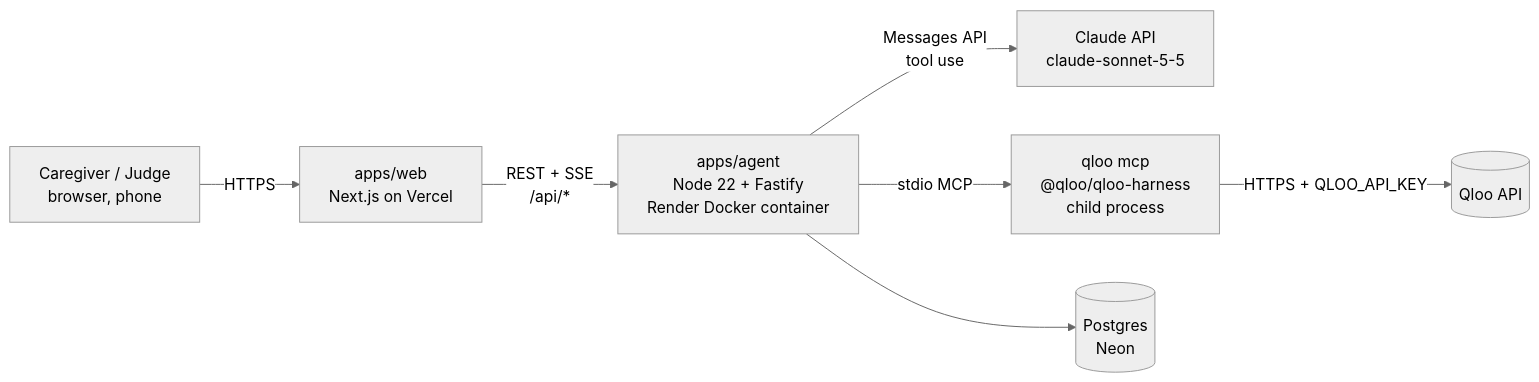
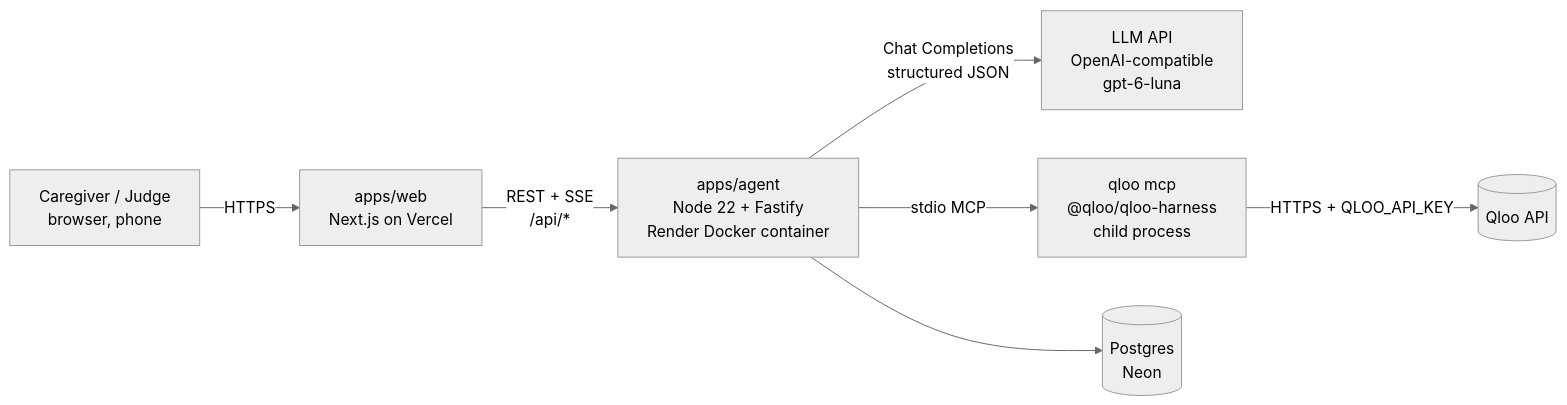
The diagram in docs/04-architecture.md (designerajitrawat-ux/memory-lane), drawn with Mermaid (neutral theme) before and after one commit. The commit also changed other lines of this file and 35 other files, not shown here.

````diff
--- a/docs/04-architecture.md
+++ b/docs/04-architecture.md
@@ -4,9 +4,9 @@
 ```mermaid
 flowchart LR
   U[Caregiver / Judge<br/>browser, phone] -->|HTTPS| W[apps/web<br/>Next.js on Vercel]
   W -->|REST + SSE<br/>/api/*| A[apps/agent<br/>Node 22 + Fastify<br/>Render Docker container]
-  A -->|Messages API<br/>tool use| C[Claude API<br/>claude-sonnet-5-5]
+  A -->|Chat Completions<br/>structured JSON| C[LLM API<br/>OpenAI-compatible<br/>gpt-6-luna]
   A -->|stdio MCP| Q[qloo mcp<br/>@qloo/qloo-harness<br/>child process]
   Q -->|HTTPS + QLOO_API_KEY| QA[(Qloo API)]
   A --> DB[(Postgres<br/>Neon)]
 ```
````
